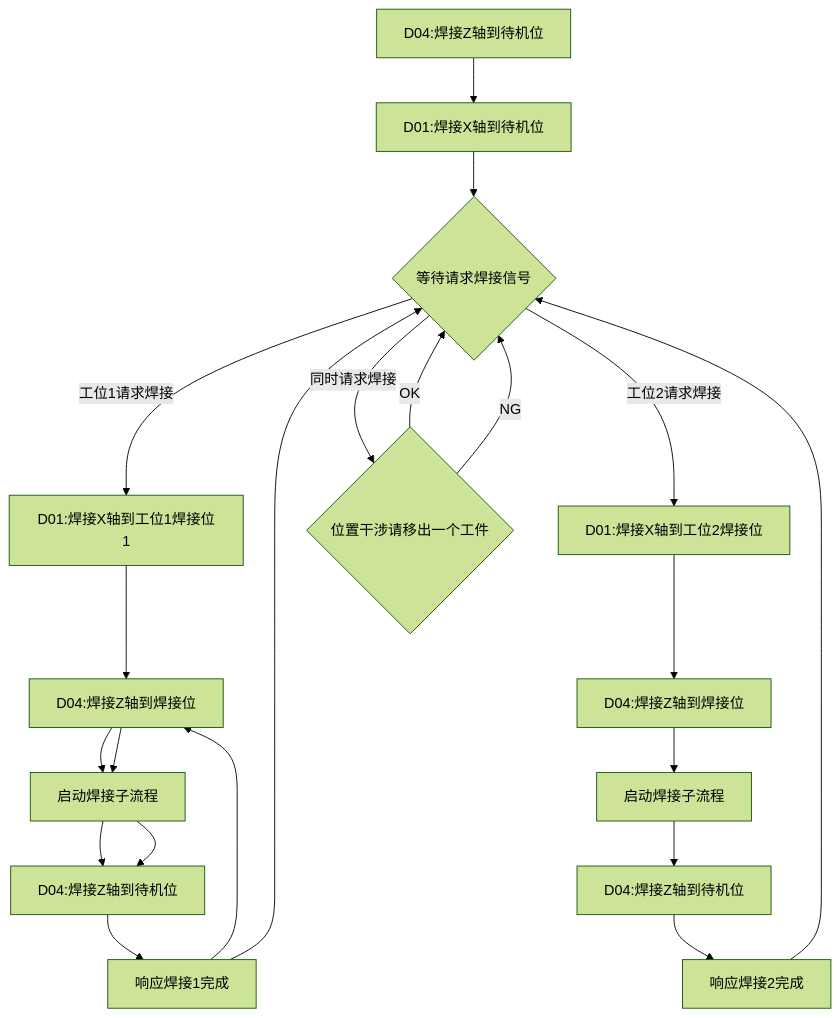
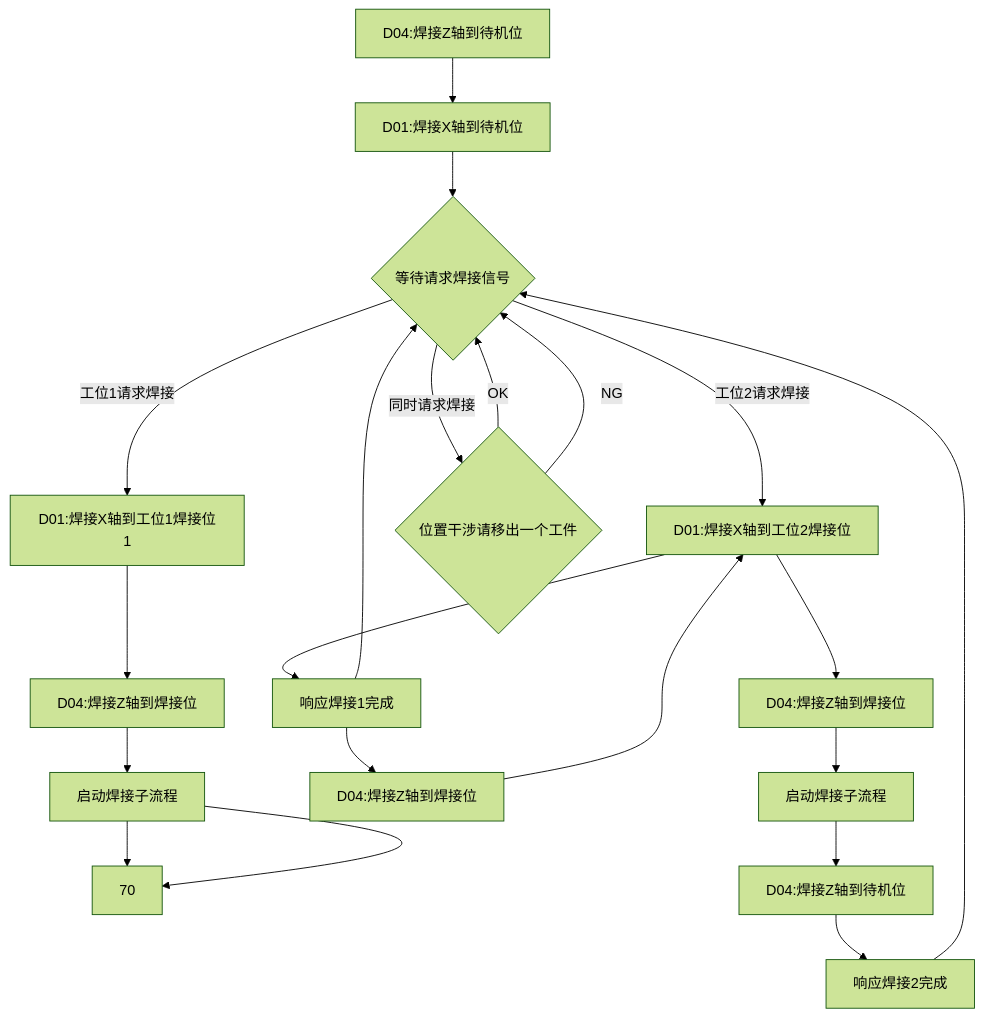
One commit to PengKun1/iodraw-files changed the diagram in all/OP20-1焊接工位自动流程.md. Above: the diagram before and after it, drawn with Mermaid (forest theme).

Commit message:
2024-08-07 14:09:55 update

````diff
--- a/all/OP20-1焊接工位自动流程.md
+++ b/all/OP20-1焊接工位自动流程.md
@@ -1,23 +1,23 @@
 ```mermaid
 graph TD
 10[D04:焊接Z轴到待机位]-->20
 20[D01:焊接X轴到待机位]-->30
 30{等待请求焊接信号}-->|工位1请求焊接|40
 30-->|工位2请求焊接|100
 30-->|同时请求焊接|900
 40[D01:焊接X轴到工位1焊接位1]-->50
 50[D04:焊接Z轴到焊接位]-->60
 60[启动焊接子流程]-->70
-80[D01:焊接X轴到工位1焊接位2]-->50
-50[D04:焊接Z轴到焊接位]-->60
-70[D04:焊接Z轴到待机位]-->80
+80[D01:焊接X轴到工位1焊接位2]-->90
+90[D04:焊接Z轴到焊接位]-->100
+100[D04:焊接Z轴到待机位]-->80
 60[启动焊接子流程]-->70
 80[响应焊接1完成]-->30
 100[D01:焊接X轴到工位2焊接位]-->110
 110[D04:焊接Z轴到焊接位]-->120
 120[启动焊接子流程]-->130
 130[D04:焊接Z轴到待机位]-->140
 140[响应焊接2完成]-->30
 900{位置干涉请移出一个工件}-->|OK|30
 900-->|NG|30
 ```
````
